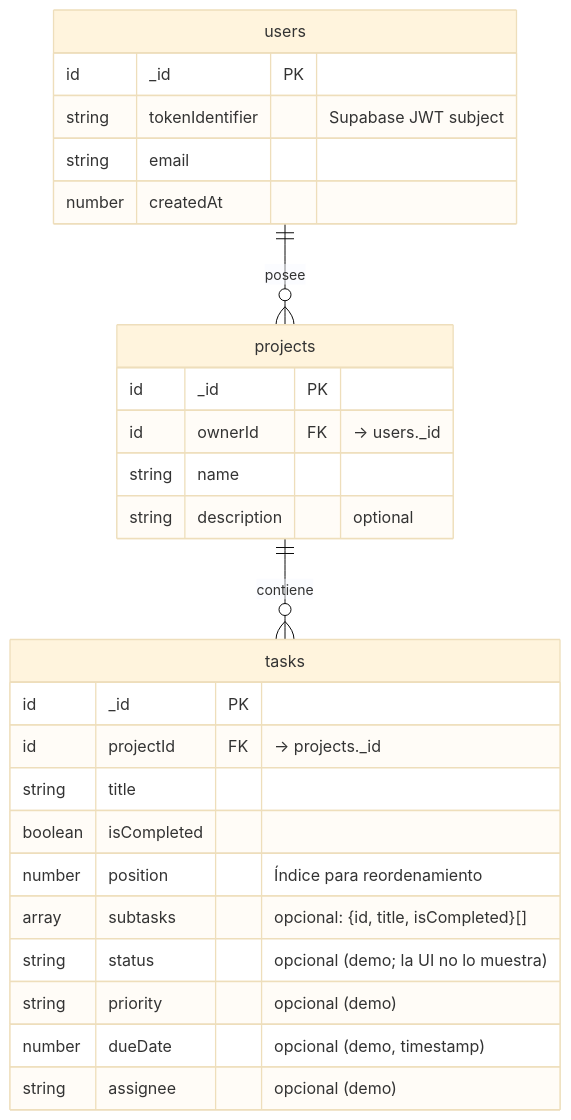
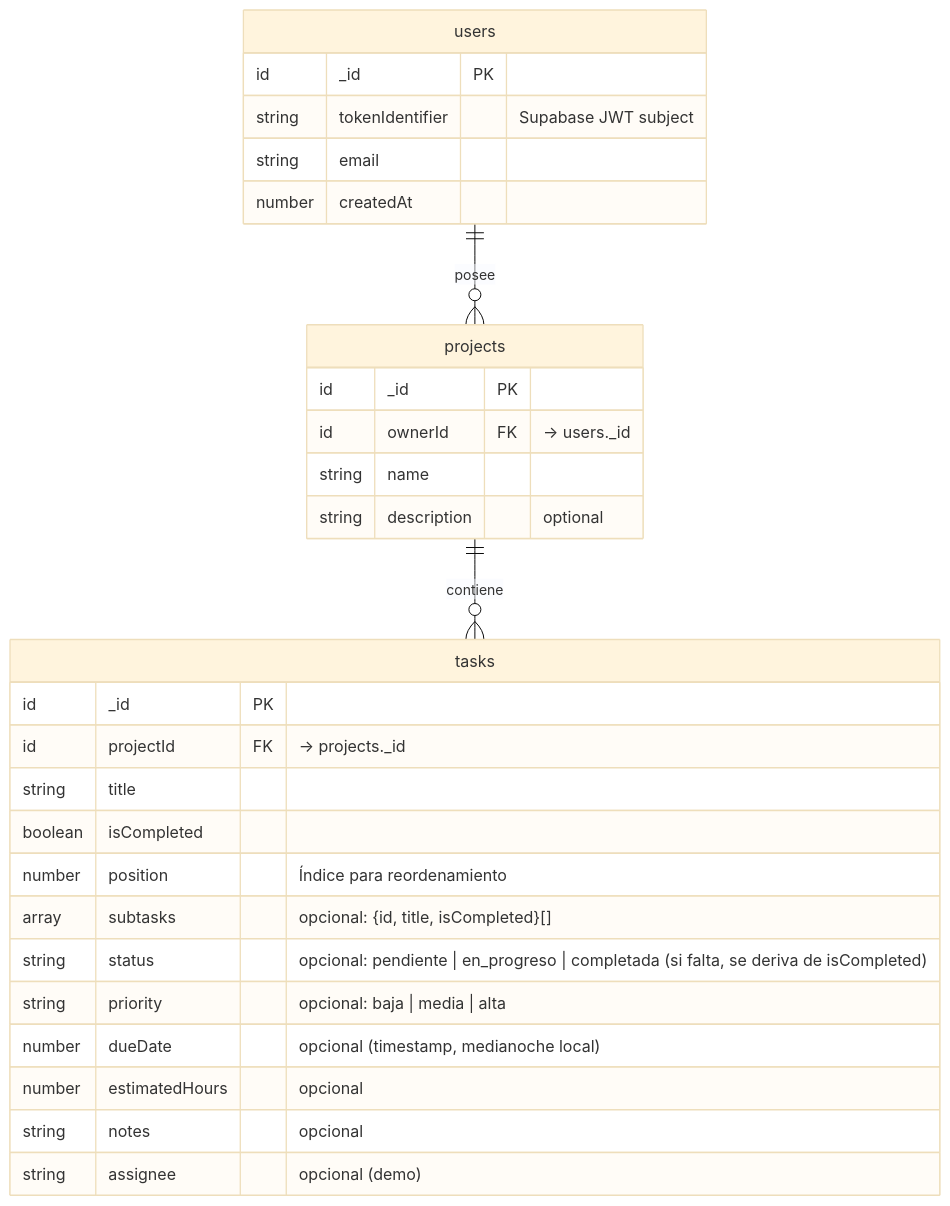
The second of 5 diagrams in ARCHITECTURE.md (Cjorozco/next15-fastapi-supabase-template), drawn with Mermaid (base theme) before and after one commit. The commit also changed other lines of this file and 2 other files, not shown here.

Commit message:
docs: document task fields, status compatibility and data migration order

````diff
--- a/ARCHITECTURE.md
+++ b/ARCHITECTURE.md
@@ -138,30 +141,32 @@
 ```mermaid
 erDiagram
     users {
         id _id PK
         string tokenIdentifier "Supabase JWT subject"
         string email
         number createdAt
     }
     projects {
         id _id PK
         id ownerId FK "→ users._id"
         string name
         string description "optional"
     }
     tasks {
         id _id PK
         id projectId FK "→ projects._id"
         string title
         boolean isCompleted
         number position "Índice para reordenamiento"
         array subtasks "opcional: {id, title, isCompleted}[]"
-        string status "opcional (demo; la UI no lo muestra)"
-        string priority "opcional (demo)"
-        number dueDate "opcional (demo, timestamp)"
+        string status "opcional: pendiente | en_progreso | completada (si falta, se deriva de isCompleted)"
+        string priority "opcional: baja | media | alta"
+        number dueDate "opcional (timestamp, medianoche local)"
+        number estimatedHours "opcional"
+        string notes "opcional"
         string assignee "opcional (demo)"
     }
 
     users ||--o{ projects : "posee"
     projects ||--o{ tasks : "contiene"
 ```
````
